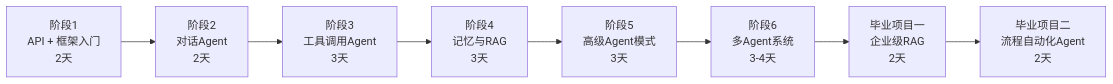
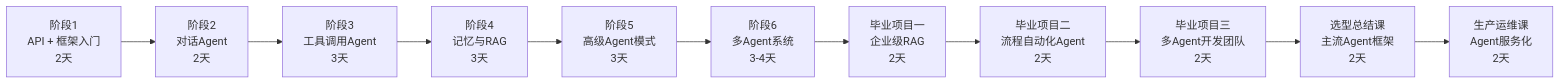
Before and after one commit to hubuyaolian/ai-agent-from-zero: the diagram in LEARNING_PLAN.md, drawn with Mermaid. The commit also changed other lines of this file and 57 other files, not shown here.

````diff
--- a/LEARNING_PLAN.md
+++ b/LEARNING_PLAN.md
@@ -35,10 +35,13 @@
 ```mermaid
 graph LR
     A["阶段1<br>API + 框架入门<br>2天"] --> B["阶段2<br>对话Agent<br>2天"]
     B --> C["阶段3<br>工具调用Agent<br>3天"]
     C --> D["阶段4<br>记忆与RAG<br>3天"]
     D --> E["阶段5<br>高级Agent模式<br>3天"]
     E --> F["阶段6<br>多Agent系统<br>3-4天"]
     F --> G["毕业项目一<br>企业级RAG<br>2天"]
     G --> H["毕业项目二<br>流程自动化Agent<br>2天"]
+    H --> I["毕业项目三<br>多Agent开发团队<br>2天"]
+    I --> J["选型总结课<br>主流Agent框架<br>2天"]
+    J --> K["生产运维课<br>Agent服务化<br>2天"]
 ```
````
